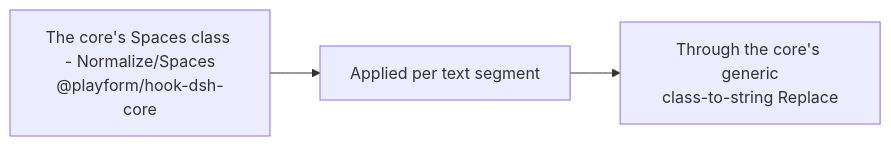
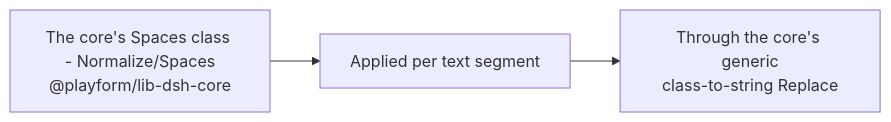
The diagram in Source/Content/Mermaid/spaces-transform.mmd (PlayForm/Site-DeepSeek), drawn with Mermaid before and after one commit. The commit also changed 161 other files, not shown here.

```diff
--- a/Source/Content/Mermaid/spaces-transform.mmd
+++ b/Source/Content/Mermaid/spaces-transform.mmd
@@ -1,5 +1,5 @@
 flowchart LR
-	CLASS["The core's Spaces class - Normalize/Spaces<br/>@playform/hook-dsh-core"]
+	CLASS["The core's Spaces class - Normalize/Spaces<br/>@playform/lib-dsh-core"]
 	SEG["Applied per text segment"]
 	REP["Through the core's generic<br/>class-to-string Replace"]
 	CLASS --> SEG --> REP
```
